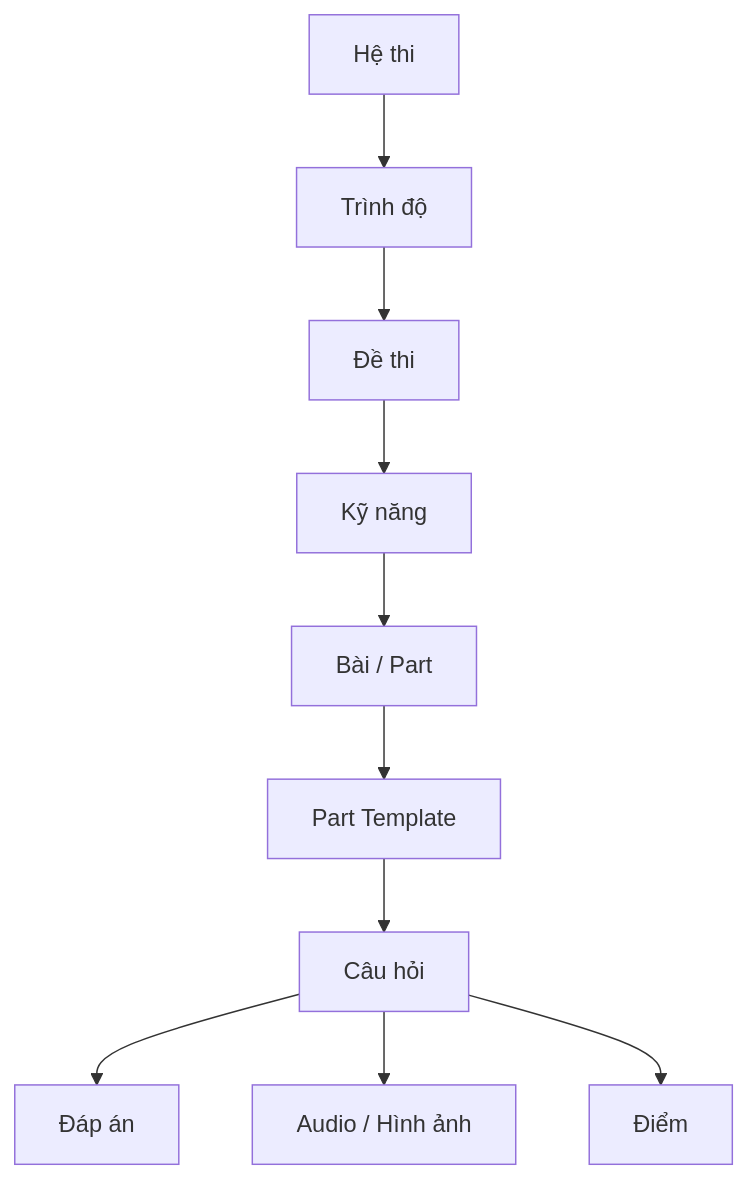
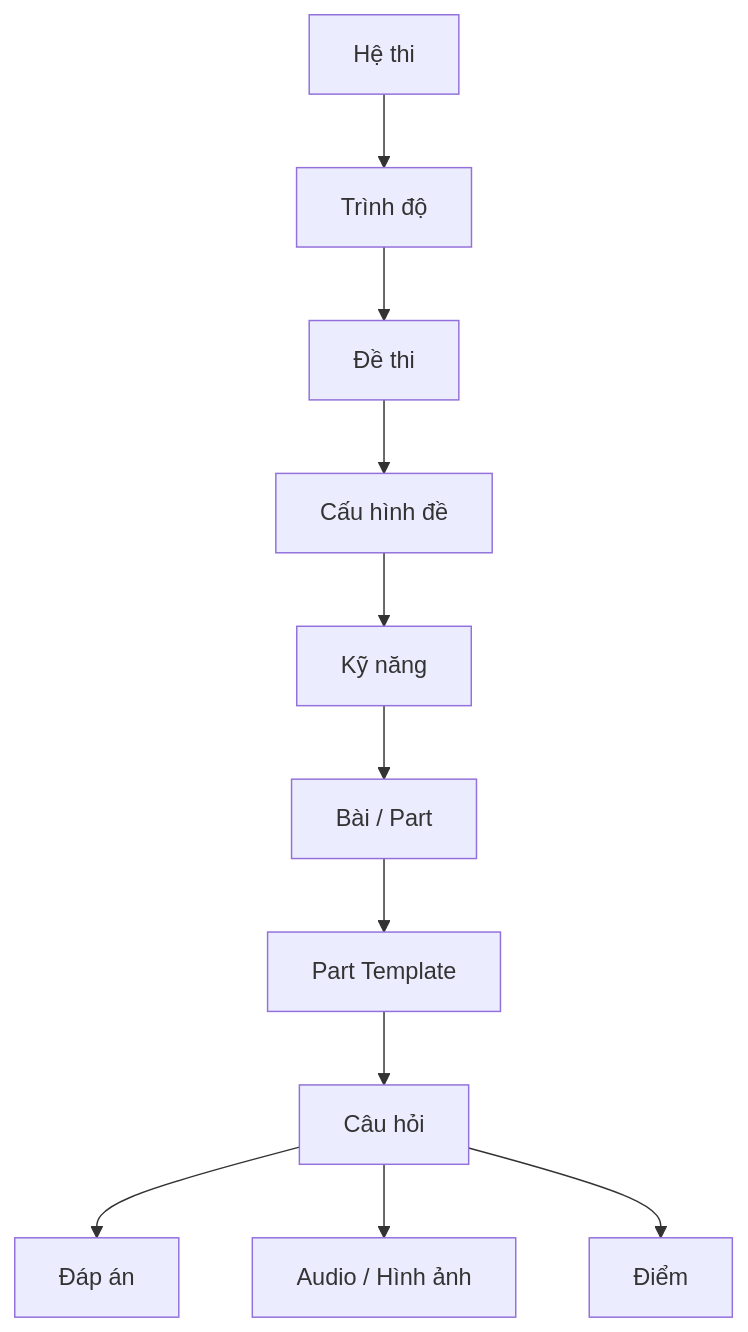
One commit to logen007/logen007.github.io changed the third of 4 diagrams in g2g-exam/PROJECT.md. Above: the diagram before and after it, drawn with Mermaid. The commit also changed other lines of this file, not shown here.

Commit message:
docs(g2g): align project map with exam-first workflow

````diff
--- a/g2g-exam/PROJECT.md
+++ b/g2g-exam/PROJECT.md
@@ -73,14 +86,15 @@
 ```mermaid
 flowchart TD
 
     PROVIDER["Hệ thi"]
     PROVIDER --> LEVEL["Trình độ"]
     LEVEL --> EXAM["Đề thi"]
-    EXAM --> SKILL["Kỹ năng"]
+    EXAM --> CONFIG["Cấu hình đề"]
+    CONFIG --> SKILL["Kỹ năng"]
     SKILL --> PART["Bài / Part"]
     PART --> TEMPLATE["Part Template"]
     TEMPLATE --> QUESTION["Câu hỏi"]
     QUESTION --> ANSWER["Đáp án"]
     QUESTION --> MEDIA["Audio / Hình ảnh"]
     QUESTION --> SCORE["Điểm"]
 ```
````
